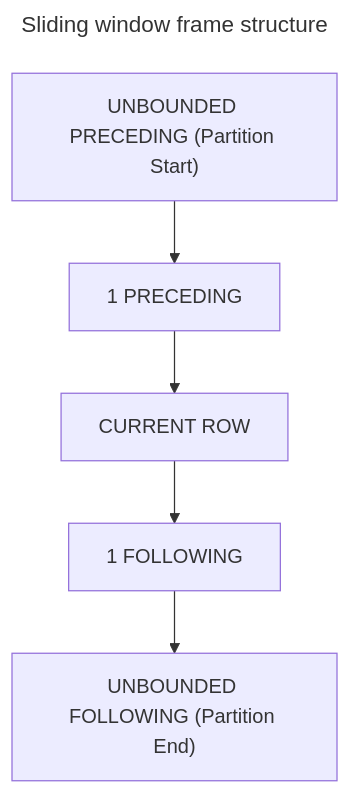
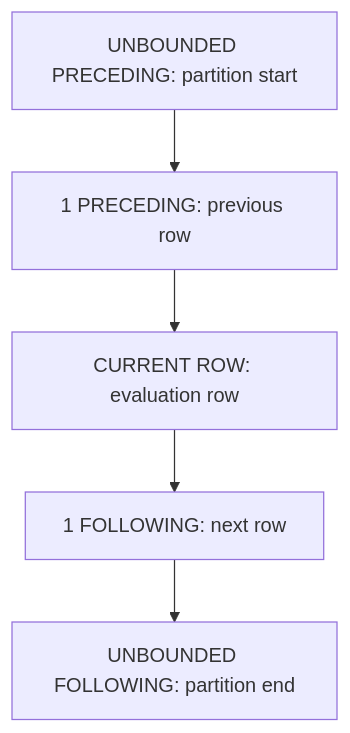
The second of 2 diagrams in content/sql/analytical-and-window-functions.md (VineethChivukula/dedocs), drawn with Mermaid before and after one commit. The commit also changed other lines of this file and 26 other files, not shown here.

````diff
--- a/content/sql/analytical-and-window-functions.md
+++ b/content/sql/analytical-and-window-functions.md
@@ -283,13 +296,10 @@
 ```mermaid
----
-title: Sliding window frame structure
----
 flowchart TD
-    UBP["UNBOUNDED PRECEDING (Partition Start)"]
-    PREV["1 PRECEDING"]
-    CURR["CURRENT ROW"]
-    NEXT["1 FOLLOWING"]
-    UBF["UNBOUNDED FOLLOWING (Partition End)"]
+    UBP["UNBOUNDED PRECEDING: partition start"]
+    PREV["1 PRECEDING: previous row"]
+    CURR["CURRENT ROW: evaluation row"]
+    NEXT["1 FOLLOWING: next row"]
+    UBF["UNBOUNDED FOLLOWING: partition end"]
 
     UBP --> PREV --> CURR --> NEXT --> UBF
 ```
````
